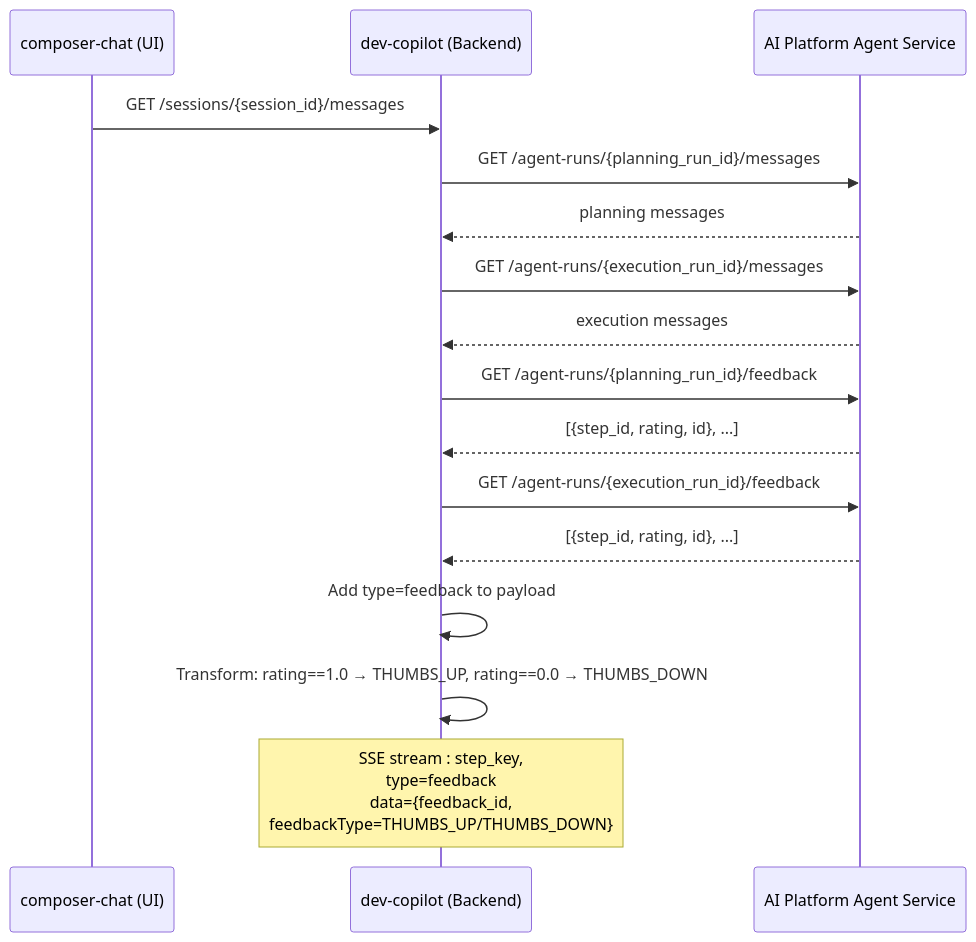
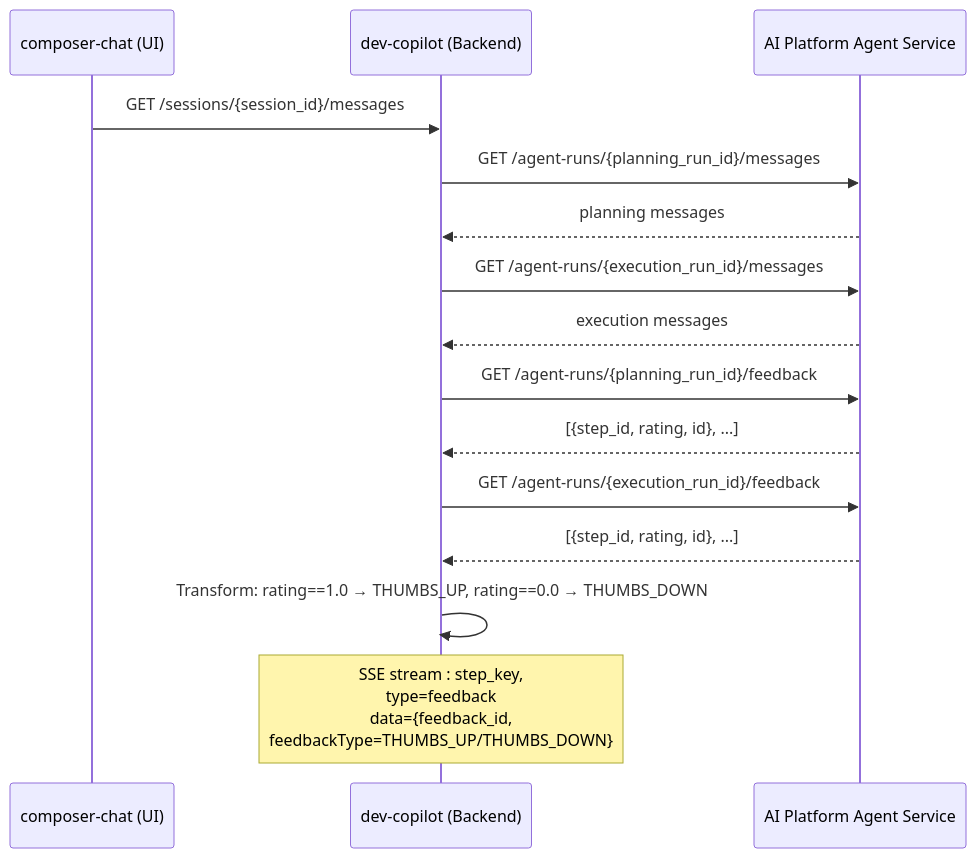
One commit to vananya23/myrepo changed the fourth of 4 diagrams in spec.md. Above: the diagram before and after it, drawn with Mermaid. The commit also changed other lines of this file, not shown here.

First line of the commit message:
Revise feedback handling and SSE event specifications

````diff
--- a/spec.md
+++ b/spec.md
@@ -136,26 +136,25 @@
 ```mermaid
 
 sequenceDiagram
       participant UI as composer-chat (UI)
       participant BE as dev-copilot (Backend)
       participant AIP as AI Platform Agent Service
   
       UI->>BE: GET /sessions/{session_id}/messages
        
       BE->>AIP: GET /agent-runs/{planning_run_id}/messages
       AIP-->>BE: planning messages
       
       BE->>AIP: GET /agent-runs/{execution_run_id}/messages
       AIP-->>BE: execution messages
      
       
       BE->>AIP: GET /agent-runs/{planning_run_id}/feedback
       AIP-->>BE: [{step_id, rating, id}, ...]
  
       BE->>AIP: GET /agent-runs/{execution_run_id}/feedback
       AIP-->>BE: [{step_id, rating, id}, ...]
       
-      BE->>BE: Add type=feedback to payload
       BE->>BE: Transform: rating==1.0 → THUMBS_UP, rating==0.0 → THUMBS_DOWN
       Note over BE: SSE stream : step_key,<br/>type=feedback<br/>data={feedback_id,<br/>feedbackType=THUMBS_UP/THUMBS_DOWN}
 ```
````
